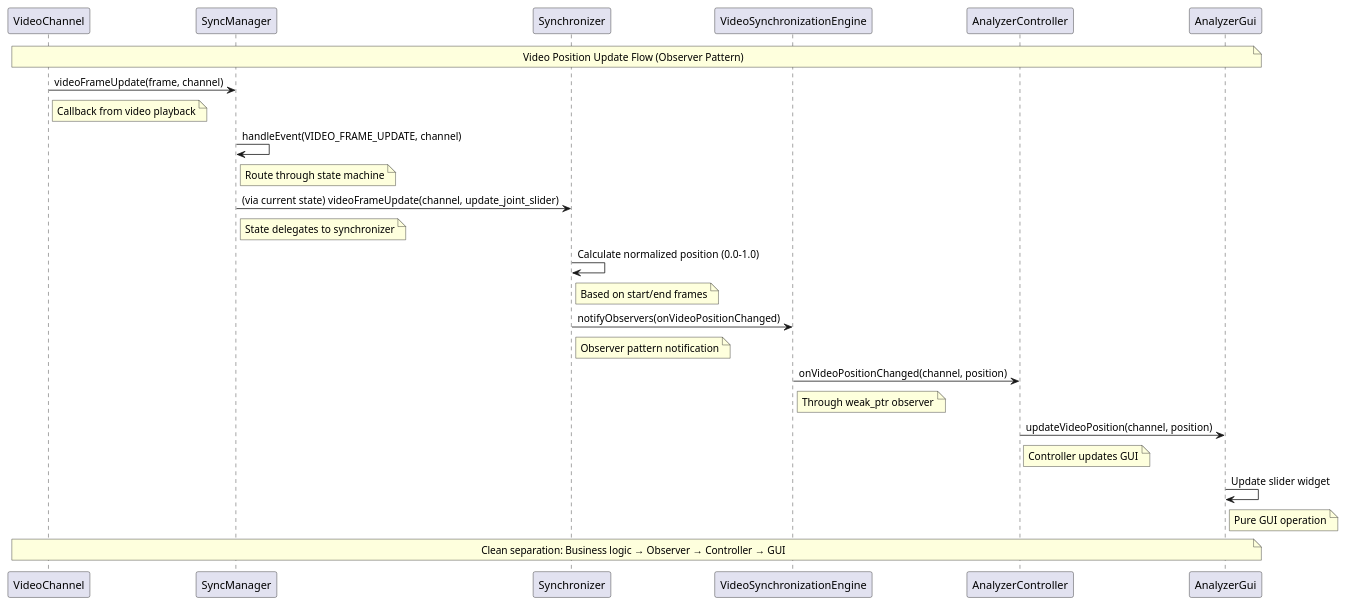
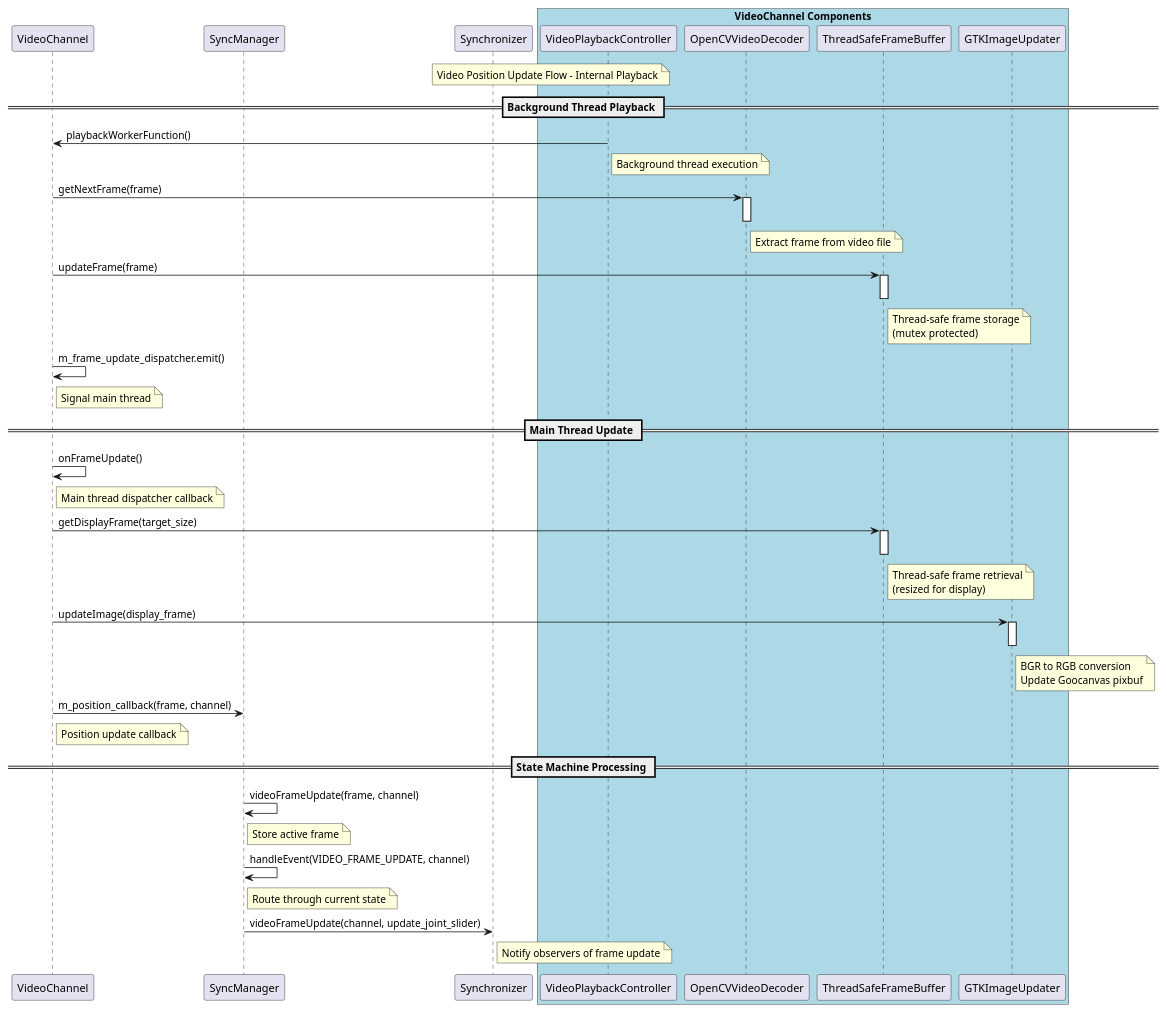
One commit to timwalsh41/SwingAnalyzer changed the third of 4 diagrams in design/Video synchronization and playback.md. Above: the diagram before and after it, drawn with PlantUML. The commit also changed other lines of this file and 6 other files, not shown here.

Commit message:
Minor updates to video synchronization enginer, and fixed gap where AnalyzerController was not forwarded as an observer to SyncManager

````diff
--- a/design/Video synchronization and playback.md
+++ b/design/Video synchronization and playback.md
@@ -376,42 +377,68 @@
 ```plantuml
 
 @startuml
 
+participant "VideoPlaybackController" as VPC
 participant "VideoChannel" as VC
+participant "OpenCVVideoDecoder" as VD
+participant "ThreadSafeFrameBuffer" as TSF
+participant "GTKImageUpdater" as GUI
 participant "SyncManager" as SM
 participant "Synchronizer" as SY
-participant "VideoSynchronizationEngine" as VSE
-participant "AnalyzerController" as AC
-participant "AnalyzerGui" as AG
 
-note over VC, AG : Video Position Update Flow (Observer Pattern)
+box "VideoChannel Components" #LightBlue
+    participant VPC
+    participant VD
+    participant TSF
+    participant GUI
+end box
 
-VC -> SM : videoFrameUpdate(frame, channel)
-note right of VC : Callback from video playback
+note over VPC, SY : Video Position Update Flow - Internal Playback
+
+== Background Thread Playback ==
+VPC -> VC : playbackWorkerFunction()
+note right of VPC : Background thread execution
+
+VC -> VD : getNextFrame(frame)
+activate VD
+note right of VD : Extract frame from video file
+deactivate VD
+
+VC -> TSF : updateFrame(frame)
+activate TSF
+note right of TSF : Thread-safe frame storage\n(mutex protected)
+deactivate TSF
+
+VC -> VC : m_frame_update_dispatcher.emit()
+note right of VC : Signal main thread
+
+== Main Thread Update ==
+VC -> VC : onFrameUpdate()
+note right of VC : Main thread dispatcher callback
+
+VC -> TSF : getDisplayFrame(target_size)
+activate TSF
+note right of TSF : Thread-safe frame retrieval\n(resized for display)
+deactivate TSF
+
+VC -> GUI : updateImage(display_frame)
+activate GUI
+note right of GUI : BGR to RGB conversion\nUpdate Goocanvas pixbuf
+deactivate GUI
+
+VC -> SM : m_position_callback(frame, channel)
+note right of VC : Position update callback
+
+== State Machine Processing ==
+SM -> SM : videoFrameUpdate(frame, channel)
+note right of SM : Store active frame
 
 SM -> SM : handleEvent(VIDEO_FRAME_UPDATE, channel)
-note right of SM : Route through state machine
+note right of SM : Route through current state
 
-SM -> SY : (via current state) videoFrameUpdate(channel, update_joint_slider)
-note right of SM : State delegates to synchronizer
-
-SY -> SY : Calculate normalized position (0.0-1.0)
-note right of SY : Based on start/end frames
-
-SY -> VSE : notifyObservers(onVideoPositionChanged)
-note right of SY : Observer pattern notification
-
-VSE -> AC : onVideoPositionChanged(channel, position)
-note right of VSE : Through weak_ptr observer
-
-AC -> AG : updateVideoPosition(channel, position)
-note right of AC : Controller updates GUI
-
-AG -> AG : Update slider widget
-note right of AG : Pure GUI operation
-
-note over VC, AG : Clean separation: Business logic → Observer → Controller → GUI
+SM -> SY : videoFrameUpdate(channel, update_joint_slider)
+note right of SY : Notify observers of frame update
 
 @enduml
 
 ```
````
